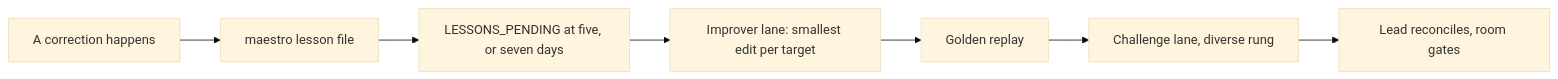
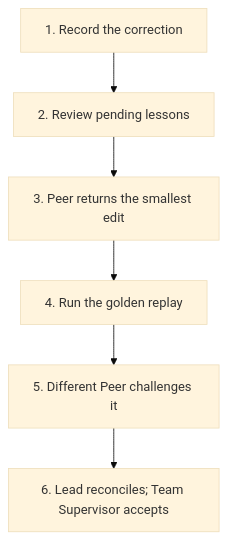
Before and after one commit to ReinaMacCredy/maestro: the diagram in site/src/content/docs/guides/self-improvement.md, drawn with Mermaid (base theme). The commit also changed other lines of this file and 18 other files, not shown here.

````diff
--- a/site/src/content/docs/guides/self-improvement.md
+++ b/site/src/content/docs/guides/self-improvement.md
@@ -12,9 +12,14 @@
 ```mermaid
-flowchart LR
-  Correction["A correction happens"] --> Lesson["maestro lesson file"]
-  Lesson --> Pending["LESSONS_PENDING at five, or seven days"]
-  Pending --> Improver["Improver lane: smallest edit per target"]
-  Improver --> Replay["Golden replay"]
-  Replay --> Challenge["Challenge lane, diverse rung"]
-  Challenge --> Gate["Lead reconciles, room gates"]
+flowchart TB
+  Correction["1. Record the correction"]
+  Pending["2. Review pending lessons"]
+  Improve["3. Peer returns the smallest edit"]
+  Replay["4. Run the golden replay"]
+  Challenge["5. Different Peer challenges it"]
+  Reconcile["6. Lead reconciles; Team Supervisor accepts"]
+  Correction --> Pending
+  Pending --> Improve
+  Improve --> Replay
+  Replay --> Challenge
+  Challenge --> Reconcile
 ```
````
